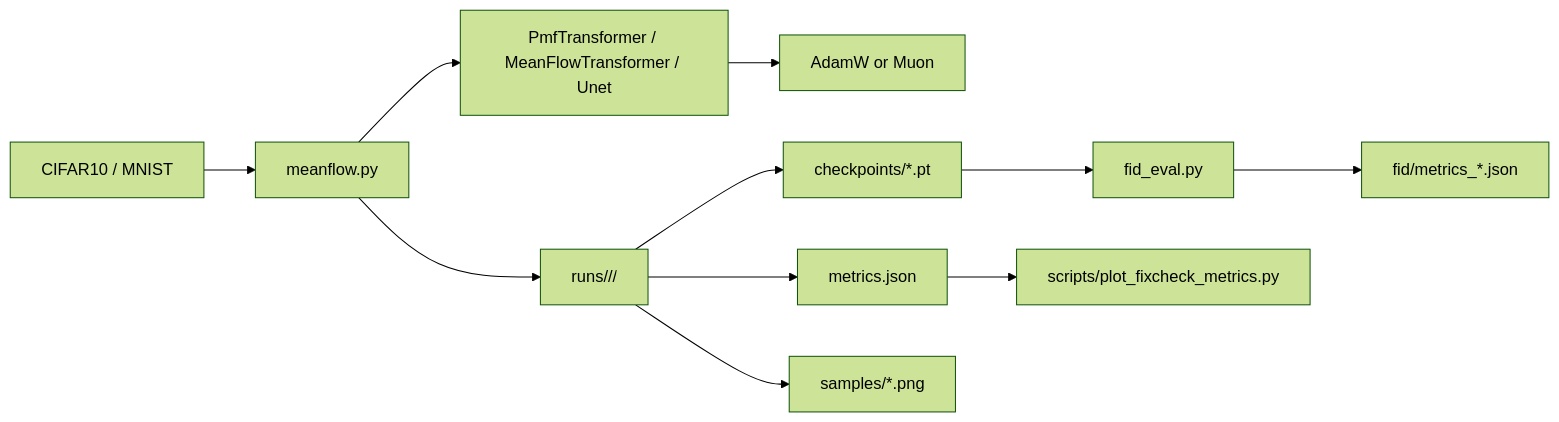
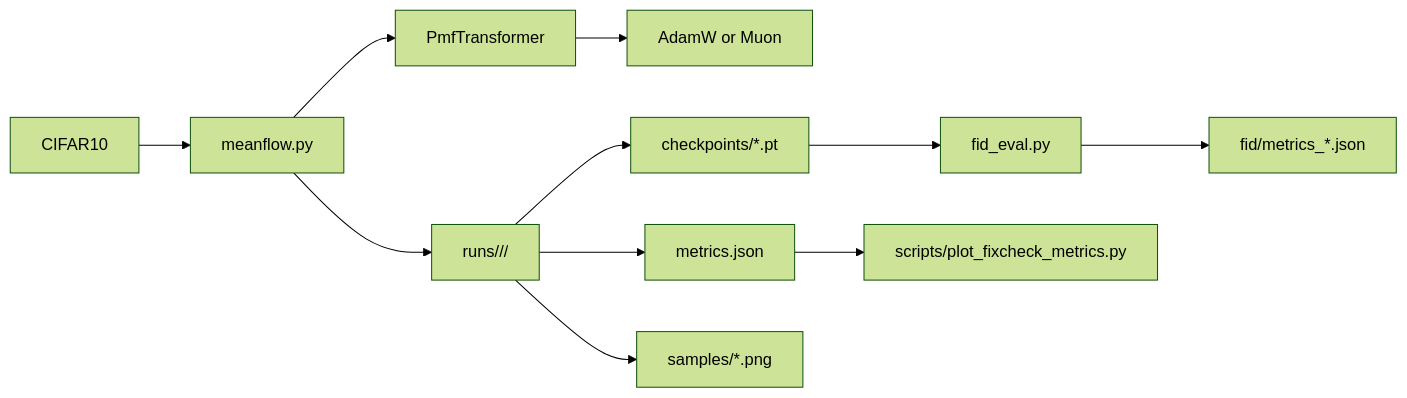
Before and after one commit to skywalkjian/pMF: the diagram in README.md, drawn with Mermaid (forest theme). The commit also changed other lines of this file and 3 other files, not shown here.

First line of the commit message:
Refactor for Pixel MeanFlow (pMF) integration

````diff
--- a/README.md
+++ b/README.md
@@ -36,13 +36,13 @@
 ```mermaid
 flowchart LR
-    DATA[CIFAR10 / MNIST] --> TRAIN[meanflow.py]
-    TRAIN --> MODEL[PmfTransformer / MeanFlowTransformer / Unet]
+    DATA[CIFAR10] --> TRAIN[meanflow.py]
+    TRAIN --> MODEL[PmfTransformer]
     MODEL --> OPT[AdamW or Muon]
     TRAIN --> RUN[runs/<exp>/<timestamp>/]
     RUN --> METRICS[metrics.json]
     RUN --> CKPT[checkpoints/*.pt]
     RUN --> SAMPLES[samples/*.png]
     CKPT --> FID[fid_eval.py]
     METRICS --> PLOT[scripts/plot_fixcheck_metrics.py]
     FID --> RESULT[fid/metrics_*.json]
 ```
````
